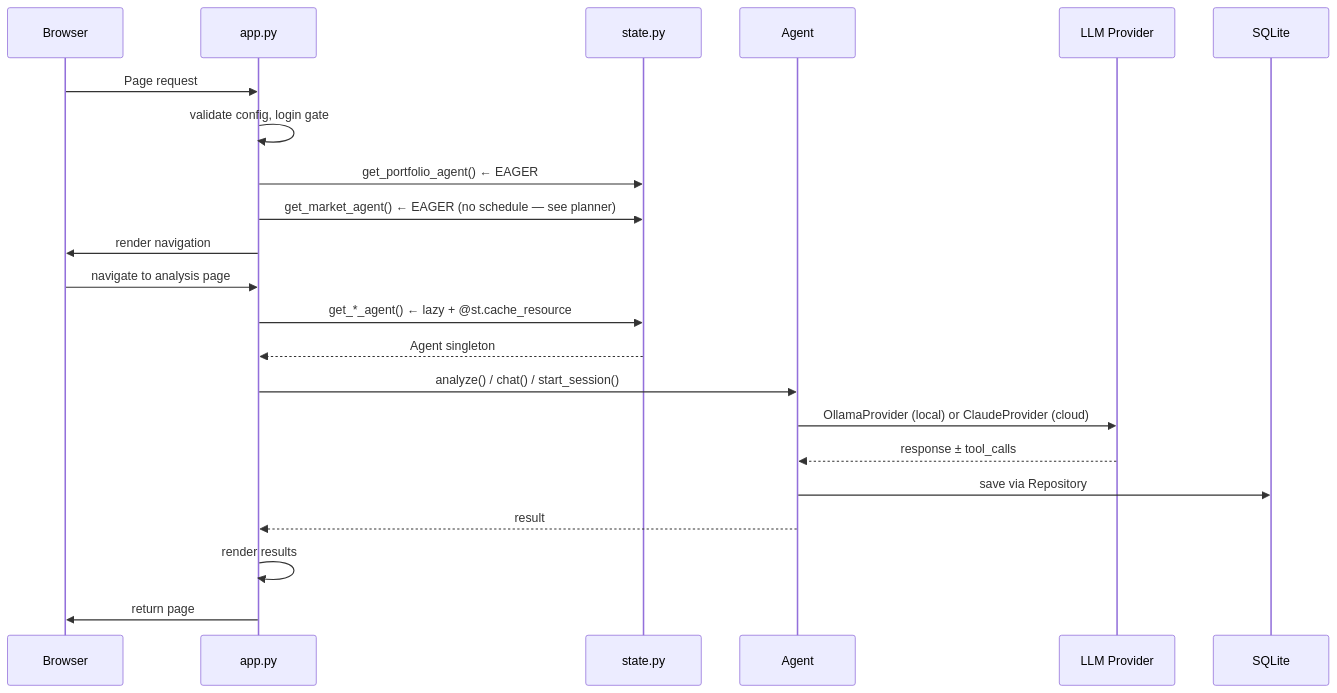
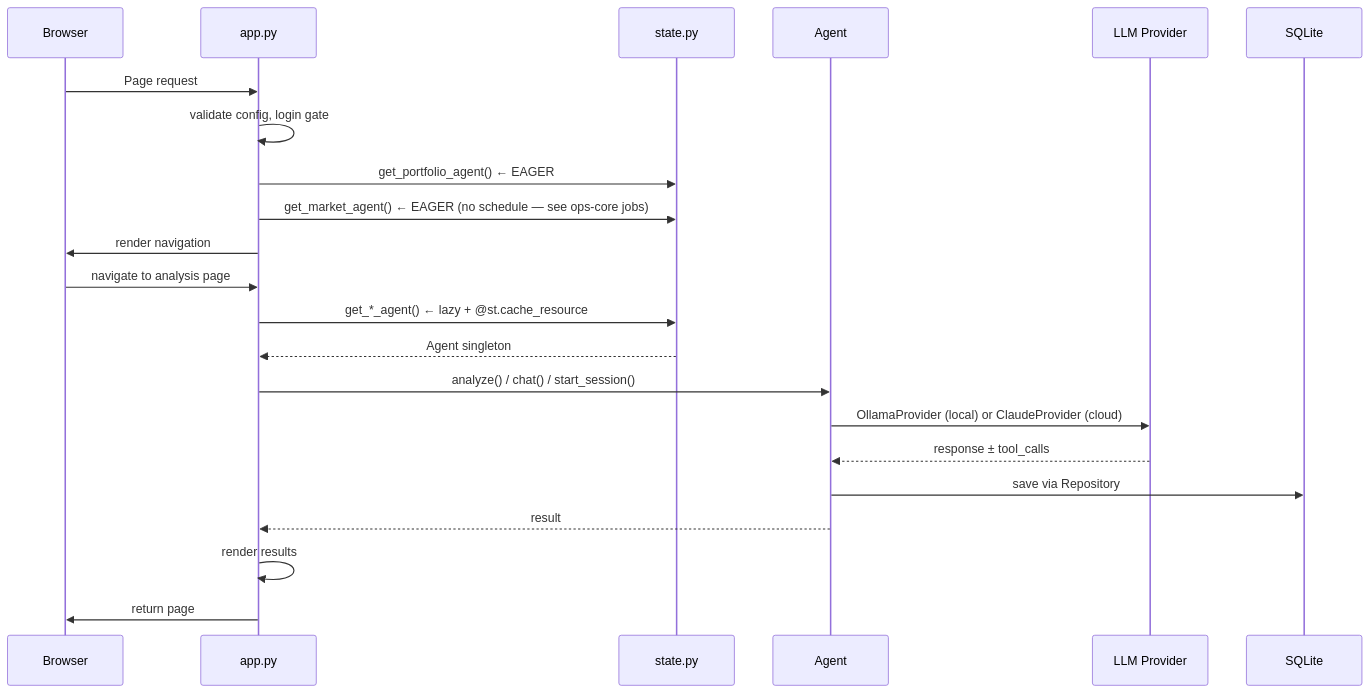
Before and after one commit to esc1899/wealth_management: the second of 3 diagrams in ARCHITECTURE.md, drawn with Mermaid. The commit also changed other lines of this file and 19 other files, not shown here.

First line of the commit message:
Jobs: Die eingeplanten Laeufe sind ops-core-Jobs

````diff
--- a/ARCHITECTURE.md
+++ b/ARCHITECTURE.md
@@ -62,26 +62,26 @@
 ```mermaid
 sequenceDiagram
     participant B as Browser
     participant A as app.py
     participant S as state.py
     participant Ag as Agent
     participant LLM as LLM Provider
     participant DB as SQLite
 
     B->>A: Page request
     A->>A: validate config, login gate
     A->>S: get_portfolio_agent() ← EAGER
-    A->>S: get_market_agent() ← EAGER (no schedule — see planner)
+    A->>S: get_market_agent() ← EAGER (no schedule — see ops-core jobs)
     A->>B: render navigation
 
     B->>A: navigate to analysis page
     A->>S: get_*_agent() ← lazy + @st.cache_resource
     S-->>A: Agent singleton
     A->>Ag: analyze() / chat() / start_session()
     Ag->>LLM: OllamaProvider (local) or ClaudeProvider (cloud)
     LLM-->>Ag: response ± tool_calls
     Ag->>DB: save via Repository
     Ag-->>A: result
     A->>A: render results
     A->>B: return page
 ```
````
